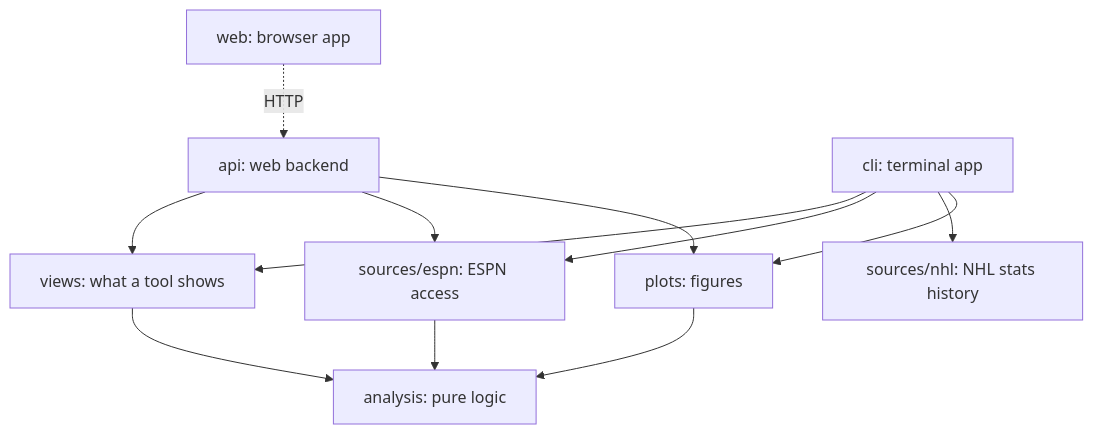
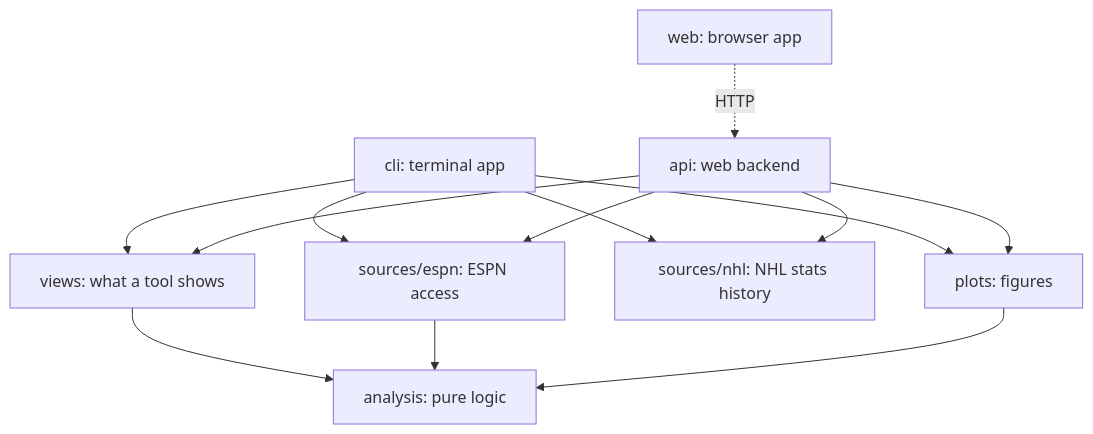
Before and after one commit to dubi-d/fantasyNHL: the diagram in docs/architecture.md, drawn with Mermaid. The commit also changed other lines of this file and 32 other files, not shown here.

````diff
--- a/docs/architecture.md
+++ b/docs/architecture.md
@@ -9,15 +9,16 @@
 ```mermaid
 flowchart TD
     web["web: browser app"] -. HTTP .-> api
     cli["cli: terminal app"] --> views
     api["api: web backend"] --> views
     cli --> espn
     api --> espn
     cli --> nhl["sources/nhl: NHL stats history"]
+    api --> nhl
     cli --> plots
     api --> plots
     views["views: what a tool shows"] --> analysis
     espn["sources/espn: ESPN access"] --> analysis
     plots["plots: figures"] --> analysis
     analysis["analysis: pure logic"]
 ```
````
